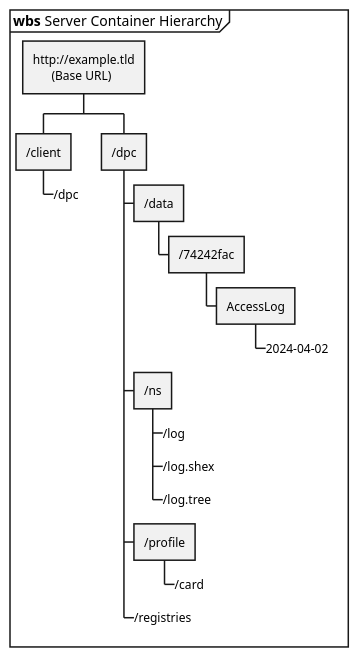
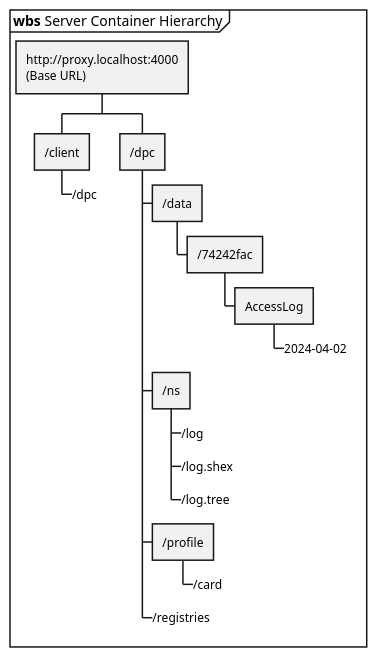
The diagram in docs/resources/diagrams/wbs_Endpoint_structure.puml (guddii/SEACT), drawn with PlantUML before and after one commit. The commit also changed 15 other files, not shown here.

Commit message:
docs: replace example.tld with localhost links

```diff
--- a/docs/resources/diagrams/wbs_Endpoint_structure.puml
+++ b/docs/resources/diagrams/wbs_Endpoint_structure.puml
@@ -1,18 +1,18 @@
 @startwbs
 mainframe **wbs** Server Container Hierarchy
-+ http://example.tld\n      (Base URL)
++ http://proxy.localhost:4000\n(Base URL)
 ++ /client
 +++_ /dpc
 ++ /dpc
 +++ /data
 ++++ /74242fac
 +++++ AccessLog
 ++++++_ 2024-04-02
 +++ /ns
 ++++_ /log
 ++++_ /log.shex
 ++++_ /log.tree
 +++ /profile
 ++++_ /card
 +++_ /registries
 @endwbs
```
